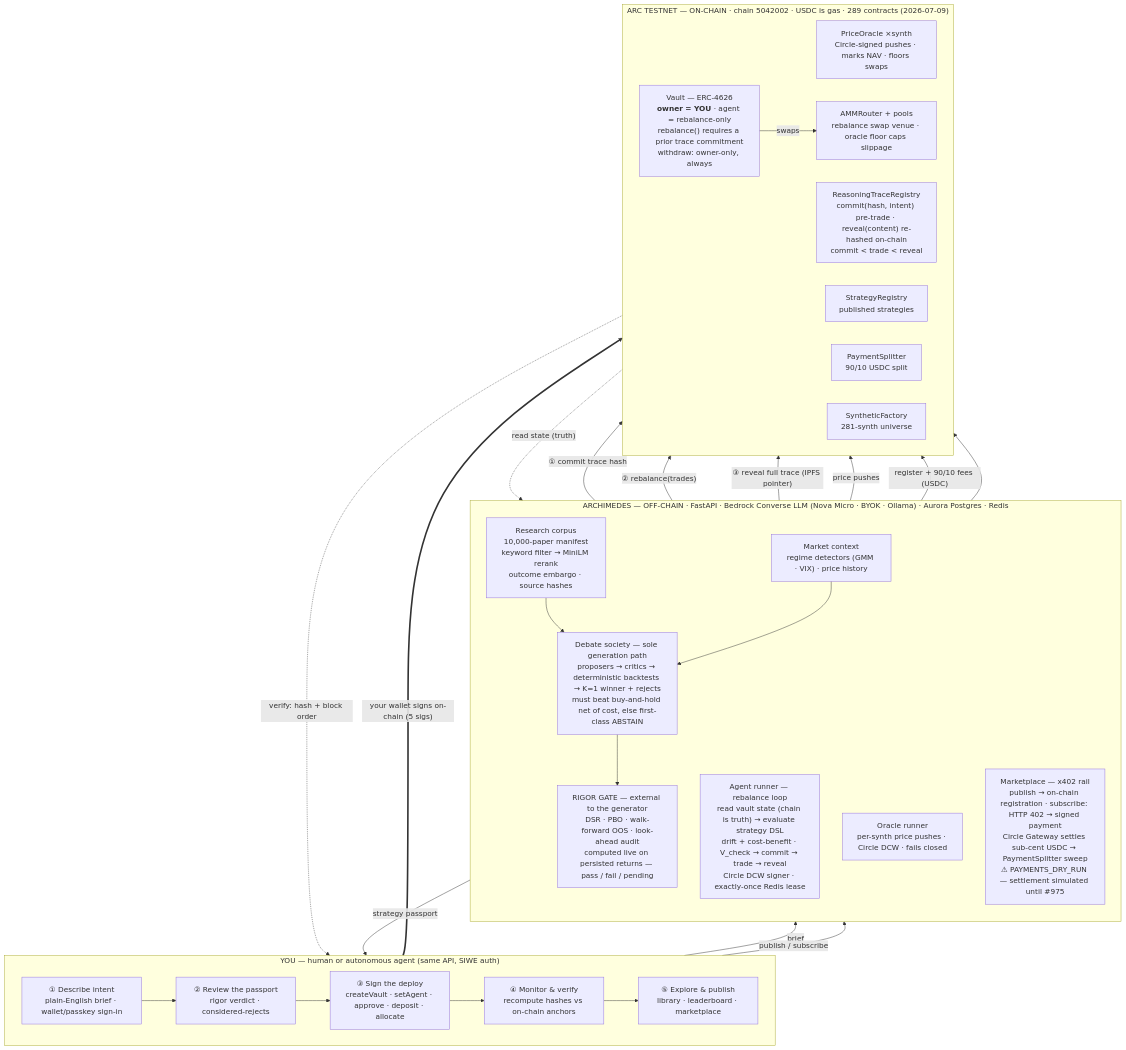
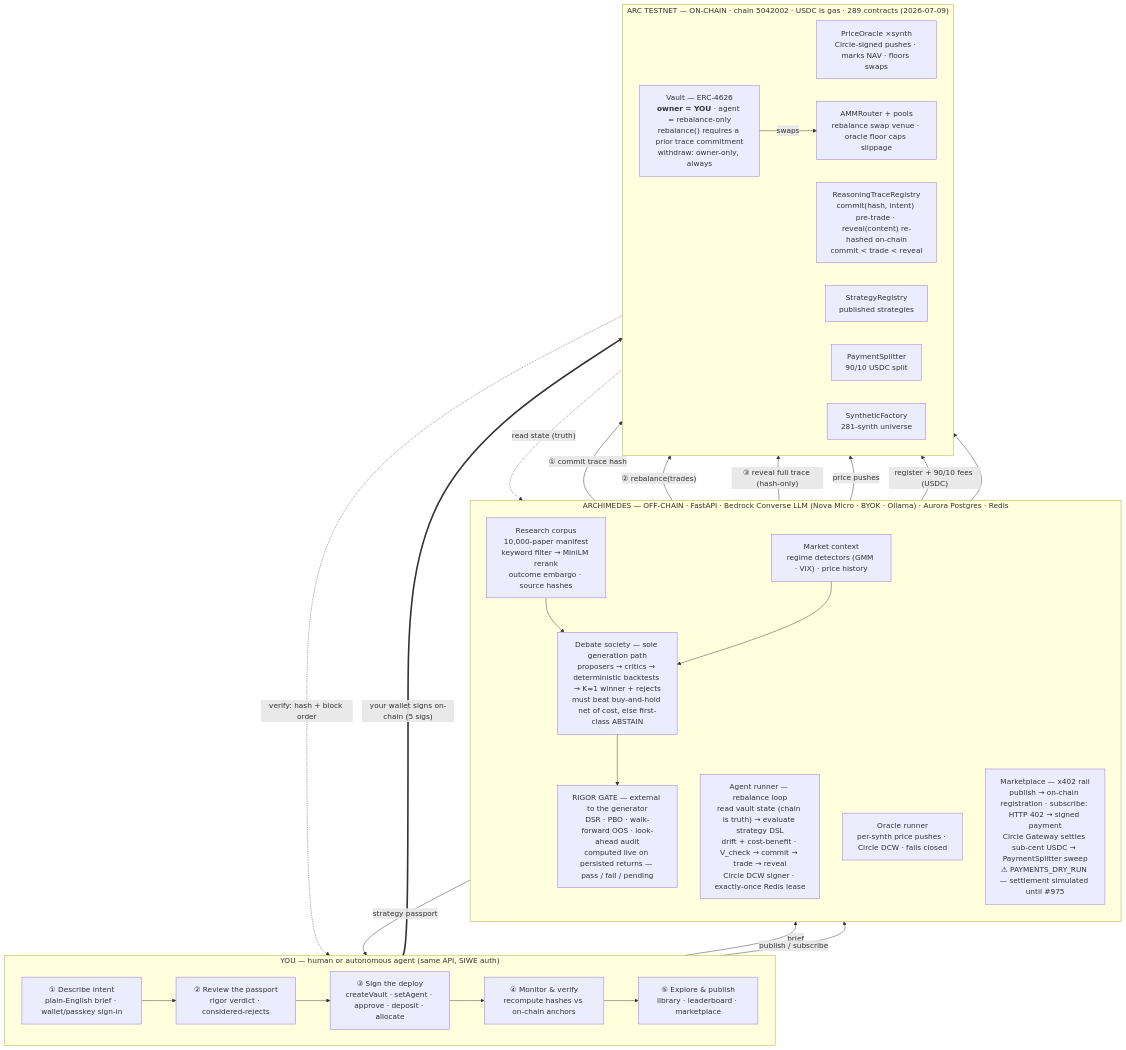
Before and after one commit to a-apin/archimedes: the diagram in docs/reference/flow-diagram.mmd, drawn with Mermaid. The commit also changed 30 other files, not shown here.

First line of the commit message:
[chain] Remove dead IPFS pin path; reveal is hash-only

```diff
--- a/docs/reference/flow-diagram.mmd
+++ b/docs/reference/flow-diagram.mmd
@@ -1,55 +1,55 @@
 %% Archimedes — system flow (editable mermaid source; the SVG is the styled deliverable)
 %% Bands: USER → OFF-CHAIN (Archimedes) → ON-CHAIN (Arc testnet, chain 5042002, USDC-as-gas)
 %% Verified against main, 2026-07-14.
 
 flowchart TB
 
   subgraph YOU["YOU — human or autonomous agent (same API, SIWE auth)"]
     direction LR
     U1["① Describe intent<br/>plain-English brief · wallet/passkey sign-in"]
     U2["② Review the passport<br/>rigor verdict · considered-rejects"]
     U3["③ Sign the deploy<br/>createVault · setAgent · approve · deposit · allocate"]
     U4["④ Monitor & verify<br/>recompute hashes vs on-chain anchors"]
     U5["⑤ Explore & publish<br/>library · leaderboard · marketplace"]
     U1 --> U2 --> U3 --> U4 --> U5
   end
 
   subgraph OFF["ARCHIMEDES — OFF-CHAIN · FastAPI · Bedrock Converse LLM (Nova Micro · BYOK · Ollama) · Aurora Postgres · Redis"]
     direction TB
     CORPUS["Research corpus<br/>10,000-paper manifest<br/>keyword filter → MiniLM rerank<br/>outcome embargo · source hashes"]
     REGIME["Market context<br/>regime detectors (GMM · VIX) · price history"]
     DEBATE["Debate society — sole generation path<br/>proposers → critics → deterministic backtests → K=1 winner + rejects<br/>must beat buy-and-hold net of cost, else first-class ABSTAIN"]
     GATE["RIGOR GATE — external to the generator<br/>DSR · PBO · walk-forward OOS · look-ahead audit<br/>computed live on persisted returns — pass / fail / pending"]
     RUNNER["Agent runner — rebalance loop<br/>read vault state (chain is truth) → evaluate strategy DSL<br/>drift + cost-benefit · V_check → commit → trade → reveal<br/>Circle DCW signer · exactly-once Redis lease"]
     ORACLE["Oracle runner<br/>per-synth price pushes · Circle DCW · fails closed"]
     MARKET["Marketplace — x402 rail<br/>publish → on-chain registration · subscribe: HTTP 402 → signed payment<br/>Circle Gateway settles sub-cent USDC → PaymentSplitter sweep<br/>⚠ PAYMENTS_DRY_RUN — settlement simulated until #975"]
   end
 
   subgraph ON["ARC TESTNET — ON-CHAIN · chain 5042002 · USDC is gas · 289 contracts (2026-07-09)"]
     direction LR
     PO["PriceOracle ×synth<br/>Circle-signed pushes · marks NAV · floors swaps"]
     AMM["AMMRouter + pools<br/>rebalance swap venue · oracle floor caps slippage"]
     VAULT["Vault — ERC-4626<br/><b>owner = YOU</b> · agent = rebalance-only<br/>rebalance() requires a prior trace commitment<br/>withdraw: owner-only, always"]
     RTR["ReasoningTraceRegistry<br/>commit(hash, intent) pre-trade · reveal(content) re-hashed on-chain<br/>commit < trade < reveal"]
     SR["StrategyRegistry<br/>published strategies"]
     PS["PaymentSplitter<br/>90/10 USDC split"]
     SF["SyntheticFactory<br/>281-synth universe"]
   end
 
   U1 -- "brief" --> CORPUS
   CORPUS --> DEBATE
   REGIME --> DEBATE
   DEBATE --> GATE
   GATE -- "strategy passport" --> U2
   U3 == "your wallet signs on-chain (5 sigs)" ==> VAULT
   U5 -- "publish / subscribe" --> MARKET
 
   VAULT -. "read state (truth)" .-> RUNNER
   RUNNER -- "① commit trace hash" --> RTR
   RUNNER -- "② rebalance(trades)" --> VAULT
-  RUNNER -- "③ reveal full trace (IPFS pointer)" --> RTR
+  RUNNER -- "③ reveal full trace (hash-only)" --> RTR
   VAULT -- "swaps" --> AMM
   ORACLE -- "price pushes" --> PO
   MARKET -- "register + 90/10 fees (USDC)" --> SR
   MARKET --> PS
   RTR -. "verify: hash + block order" .-> U4
```
